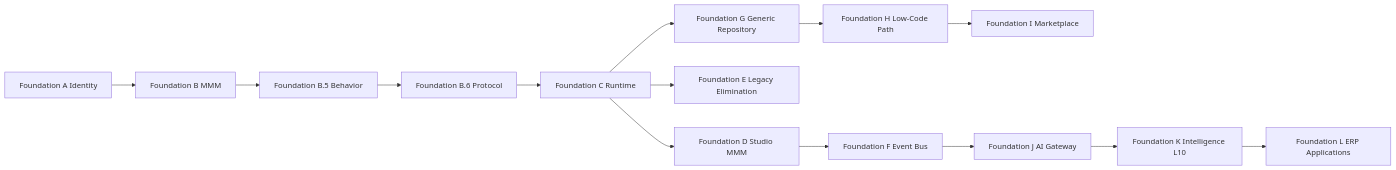
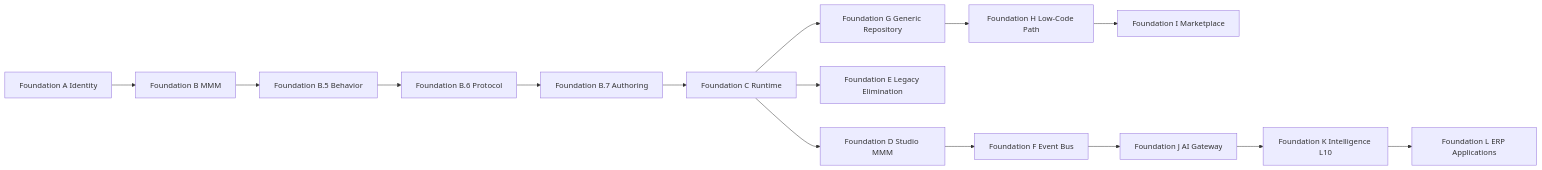
Before and after one commit to maikelimaadm-stack/PROJETOMG: the diagram in docs/platform-architecture/18-FOUNDATION-ROADMAP.md, drawn with Mermaid. The commit also changed other lines of this file and 36 other files, not shown here.

First line of the commit message:
docs: Foundation B.7 Universal Authoring Specification (UAS)

````diff
--- a/docs/platform-architecture/18-FOUNDATION-ROADMAP.md
+++ b/docs/platform-architecture/18-FOUNDATION-ROADMAP.md
@@ -15,16 +15,17 @@
 ```mermaid
 flowchart LR
   FA[Foundation A Identity] --> FB[Foundation B MMM]
   FB --> FB5[Foundation B.5 Behavior]
   FB5 --> FB6[Foundation B.6 Protocol]
-  FB6 --> FC[Foundation C Runtime]
+  FB6 --> FB7[Foundation B.7 Authoring]
+  FB7 --> FC[Foundation C Runtime]
   FC --> FD[Foundation D Studio MMM]
   FC --> FE[Foundation E Legacy Elimination]
   FD --> FF[Foundation F Event Bus]
   FC --> FG[Foundation G Generic Repository]
   FG --> FH[Foundation H Low-Code Path]
   FH --> FI[Foundation I Marketplace]
   FF --> FJ[Foundation J AI Gateway]
   FJ --> FK[Foundation K Intelligence L10]
   FK --> FL[Foundation L ERP Applications]
 ```
````
